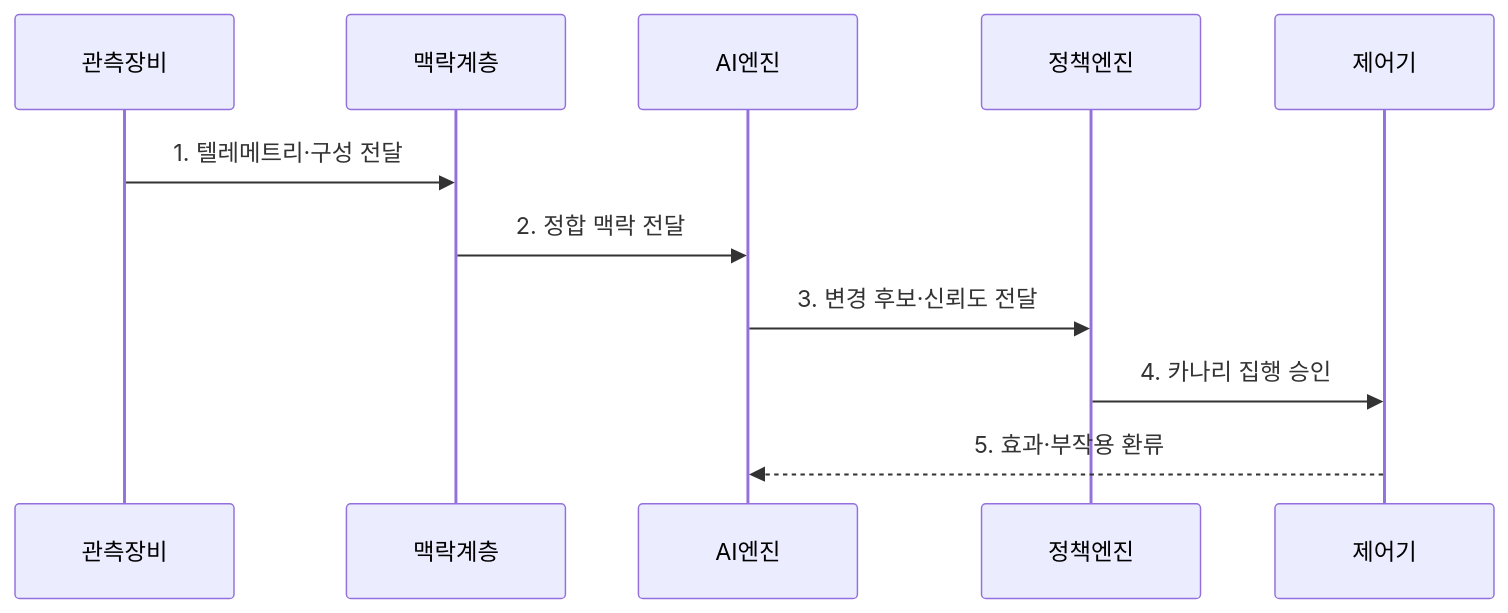
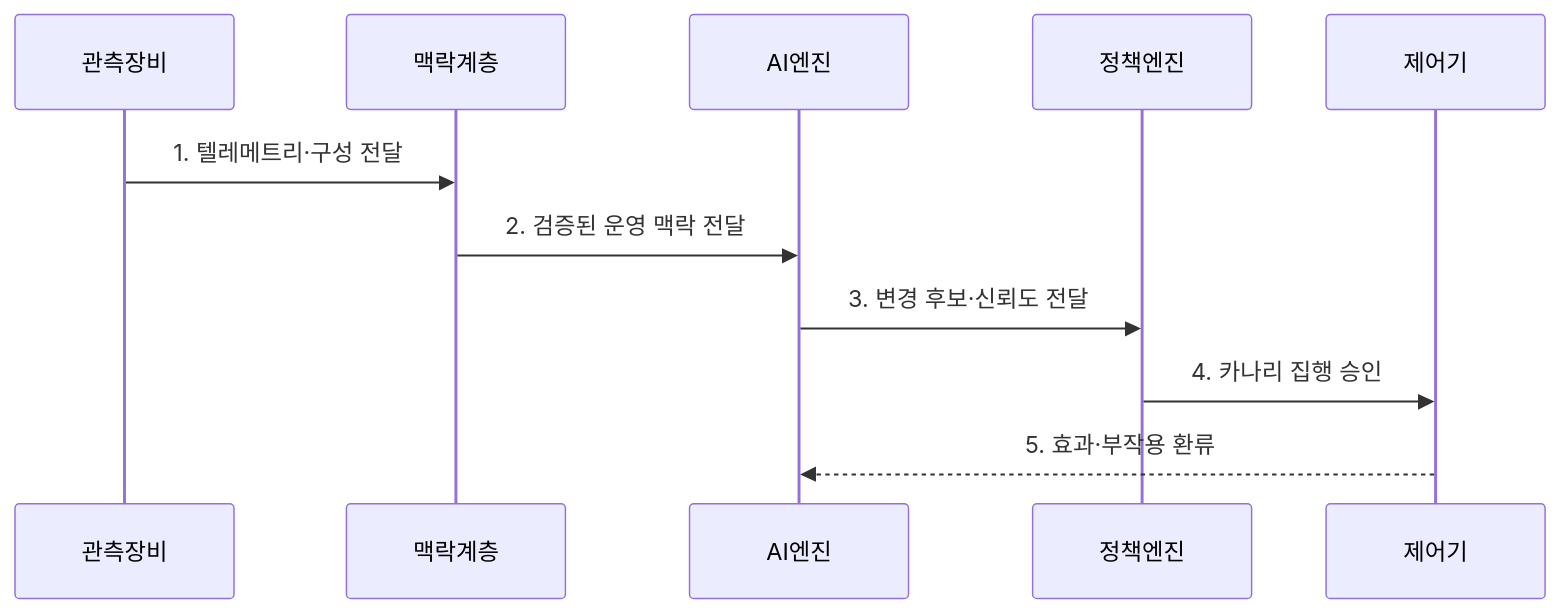
Before and after one commit to agnusdei1207/knowledge-base: the second of 2 diagrams in src/content/docs/notes/04-network/098_ai_native_networking.md, drawn with Mermaid. The commit also changed other lines of this file and 15 other files, not shown here.

````diff
--- a/src/content/docs/notes/04-network/098_ai_native_networking.md
+++ b/src/content/docs/notes/04-network/098_ai_native_networking.md
@@ -86,13 +86,13 @@
 ```mermaid
 sequenceDiagram
     participant 관측장비
     participant 맥락계층
     participant AI엔진
     participant 정책엔진
     participant 제어기
     관측장비->>맥락계층: 1. 텔레메트리·구성 전달
-    맥락계층->>AI엔진: 2. 정합 맥락 전달
+    맥락계층->>AI엔진: 2. 검증된 운영 맥락 전달
     AI엔진->>정책엔진: 3. 변경 후보·신뢰도 전달
     정책엔진->>제어기: 4. 카나리 집행 승인
     제어기-->>AI엔진: 5. 효과·부작용 환류
 ```
````
